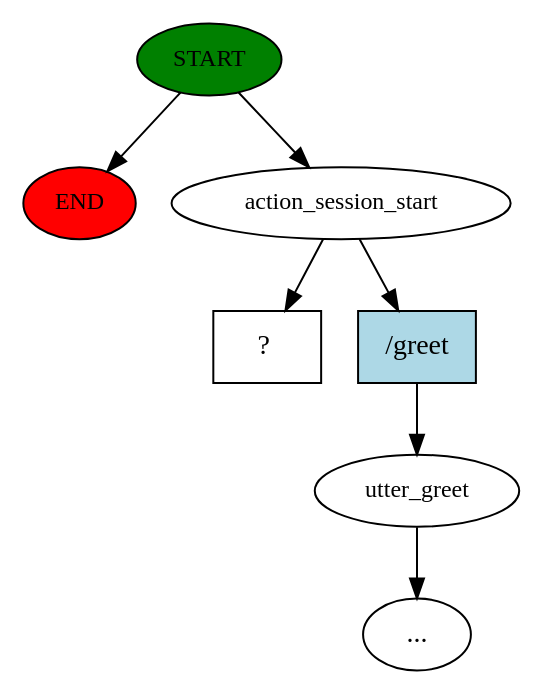
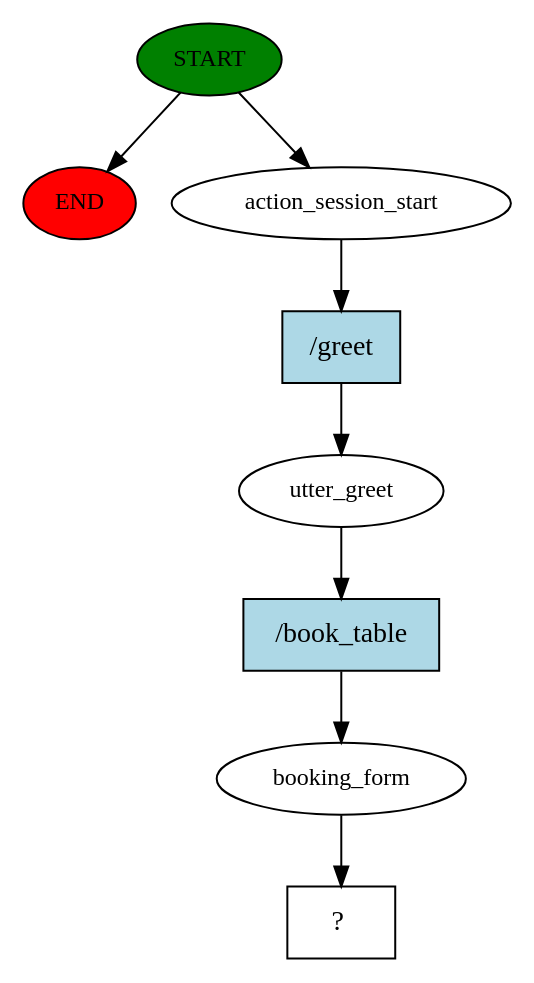
Before and after one commit to WiktorBK/BookingChat: the diagram in story_graph.dot, drawn with Graphviz. The commit also changed 7 other files, not shown here.

Commit message:
validation of booking form

```diff
--- a/story_graph.dot
+++ b/story_graph.dot
@@ -1,15 +1,17 @@
 digraph  {
 0 [class="start active", fillcolor=green, fontsize=12, label=START, style=filled];
 "-1" [class=end, fillcolor=red, fontsize=12, label=END, style=filled];
 1 [class=active, fontsize=12, label=action_session_start];
-2 [class="", fontsize=12, label=utter_greet];
-"-3" [class=ellipsis, label="..."];
+2 [class=active, fontsize=12, label=utter_greet];
+3 [class=active, fontsize=12, label=booking_form];
 4 [class="intent dashed active", label="  ?  ", shape=rect];
-5 [class=intent, fillcolor=lightblue, label="/greet", shape=rect, style=filled];
+5 [class="intent active", fillcolor=lightblue, label="/greet", shape=rect, style=filled];
+6 [class="intent active", fillcolor=lightblue, label="/book_table", shape=rect, style=filled];
 0 -> "-1"  [class="", key=NONE, label=""];
 0 -> 1  [class=active, key=NONE, label=""];
-1 -> 4  [class=active, key=NONE, label=""];
-1 -> 5  [class="", key=0];
-2 -> "-3"  [class="", key=NONE, label=""];
-5 -> 2  [class="", key=0];
+1 -> 5  [class=active, key=0];
+2 -> 6  [class=active, key=0];
+3 -> 4  [class=active, key=NONE, label=""];
+5 -> 2  [class=active, key=0];
+6 -> 3  [class=active, key=0];
 }
```
